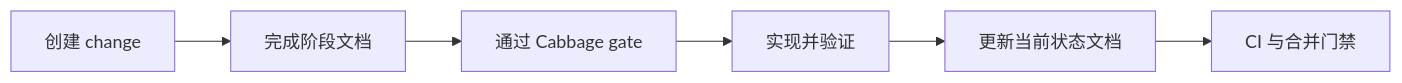
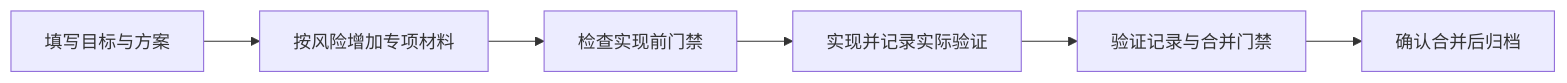
The diagram in cabbage_cli/assets/docs-site/README.md (devcxl/cabbage), drawn with Mermaid before and after one commit. The commit also changed other lines of this file and 45 other files, not shown here.

````diff
--- a/cabbage_cli/assets/docs-site/README.md
+++ b/cabbage_cli/assets/docs-site/README.md
@@ -27,8 +27,8 @@
 ```mermaid
 flowchart LR
-    Change[创建 change] --> Artifacts[完成阶段文档]
-    Artifacts --> Gate[通过 Cabbage gate]
-    Gate --> Implement[实现并验证]
-    Implement --> Current[更新当前状态文档]
-    Current --> CI[CI 与合并门禁]
+    Change[填写目标与方案] --> Risk[按风险增加专项材料]
+    Risk --> Gate[检查实现前门禁]
+    Gate --> Implement[实现并记录实际验证]
+    Implement --> CI[验证记录与合并门禁]
+    CI --> Archive[确认合并后归档]
 ```
````
